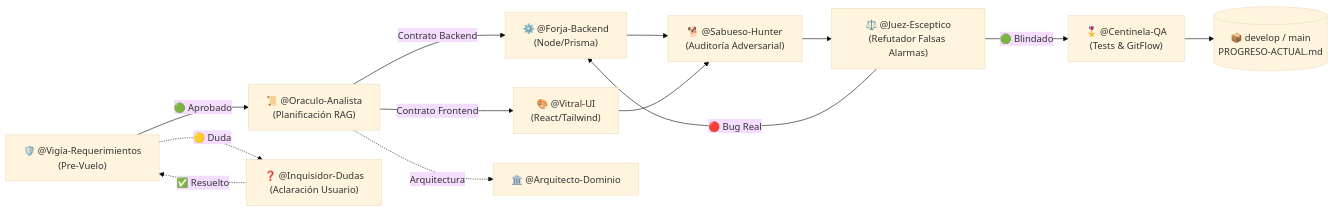
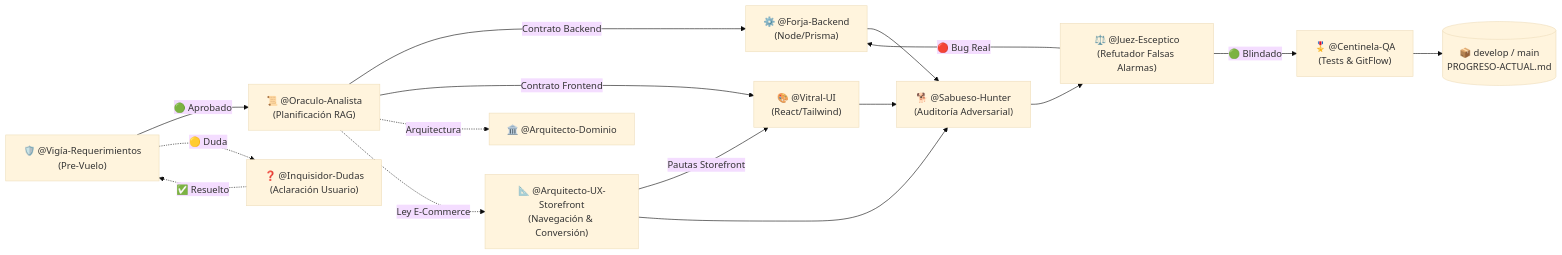
One commit to julio7879/Proyecto-Forma-POS-Pagina-web-IA changed the diagram in docs/vault/00-Oficina-Agentes-MOC.md. Above: the diagram before and after it, drawn with Mermaid (base theme). The commit also changed other lines of this file and 223 other files, not shown here.

````diff
--- a/docs/vault/00-Oficina-Agentes-MOC.md
+++ b/docs/vault/00-Oficina-Agentes-MOC.md
@@ -24,15 +24,18 @@
 ```mermaid
 flowchart LR
     A["🛡️ @Vigía-Requerimientos<br/>(Pre-Vuelo)"] -->|"🟢 Aprobado"| C["📜 @Oraculo-Analista<br/>(Planificación RAG)"]
     A -.->|"🟡 Duda"| B["❓ @Inquisidor-Dudas<br/>(Aclaración Usuario)"]
     B -.->|"✅ Resuelto"| A
     C -->|"Contrato Backend"| D["⚙️ @Forja-Backend<br/>(Node/Prisma)"]
     C -->|"Contrato Frontend"| E["🎨 @Vitral-UI<br/>(React/Tailwind)"]
     C -.->|"Arquitectura"| F["🏛️ @Arquitecto-Dominio"]
+    C -.->|"Ley E-Commerce"| UX["📐 @Arquitecto-UX-Storefront<br/>(Navegación & Conversión)"]
+    UX -->|"Pautas Storefront"| E
     D --> G["🐕 @Sabueso-Hunter<br/>(Auditoría Adversarial)"]
     E --> G
+    UX --> G
     G --> H["⚖️ @Juez-Esceptico<br/>(Refutador Falsas Alarmas)"]
     H -->|"🔴 Bug Real"| D
     H -->|"🟢 Blindado"| I["🎖️ @Centinela-QA<br/>(Tests & GitFlow)"]
     I --> J[("📦 develop / main<br/>PROGRESO-ACTUAL.md")]
 ```
````
